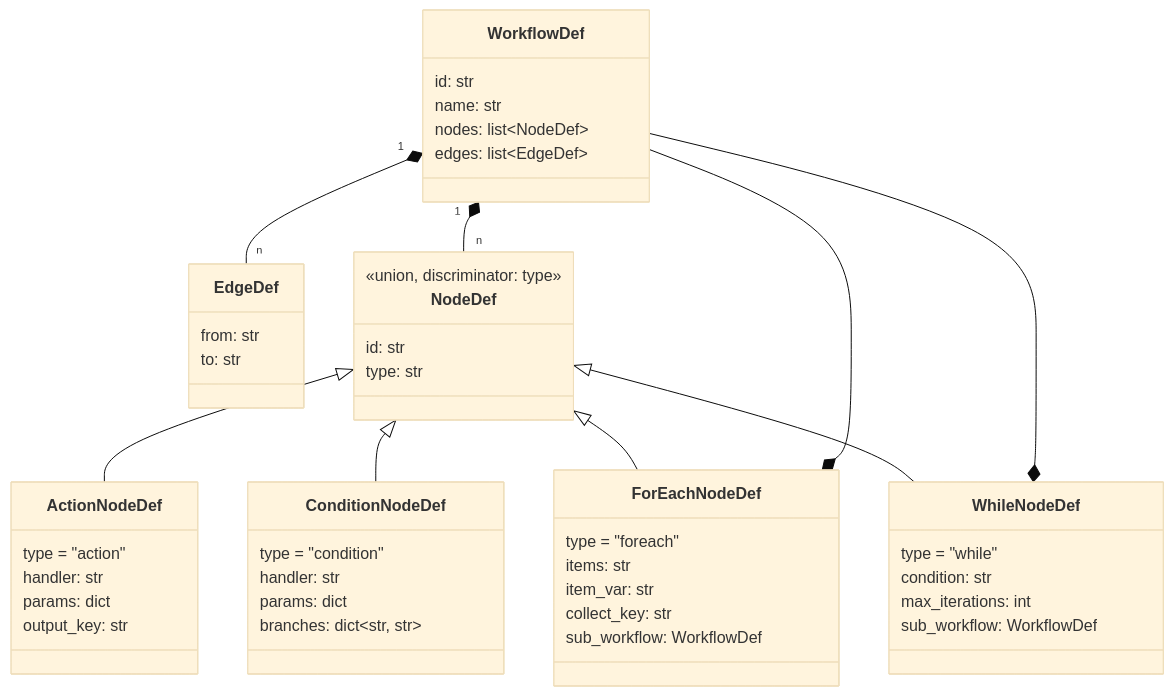
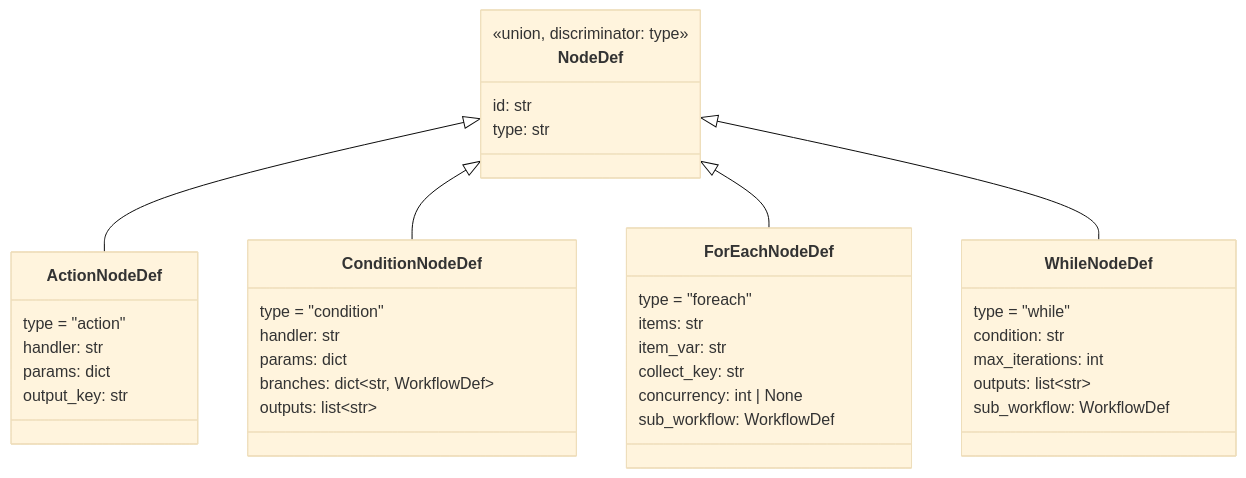
The second of 7 diagrams in document/dag-engine-design.md (jianjian2048/okflow), drawn with Mermaid (base theme) before and after one commit. The commit also changed other lines of this file and 2 other files, not shown here.

````diff
--- a/document/dag-engine-design.md
+++ b/document/dag-engine-design.md
@@ -90,51 +100,40 @@
 ```mermaid
 classDiagram
-    class WorkflowDef {
-        id: str
-        name: str
-        nodes: list~NodeDef~
-        edges: list~EdgeDef~
-    }
-    class EdgeDef {
-        from: str
-        to: str
-    }
     class NodeDef {
         <<union, discriminator: type>>
         id: str
         type: str
     }
     class ActionNodeDef {
         type = "action"
         handler: str
         params: dict
         output_key: str
     }
     class ConditionNodeDef {
         type = "condition"
         handler: str
         params: dict
-        branches: dict~str, str~
+        branches: dict~str, WorkflowDef~
+        outputs: list~str~
     }
     class ForEachNodeDef {
         type = "foreach"
         items: str
         item_var: str
         collect_key: str
+        concurrency: int | None
         sub_workflow: WorkflowDef
     }
     class WhileNodeDef {
         type = "while"
         condition: str
         max_iterations: int
+        outputs: list~str~
         sub_workflow: WorkflowDef
     }
-    WorkflowDef "1" *-- "n" NodeDef
-    WorkflowDef "1" *-- "n" EdgeDef
     NodeDef <|-- ActionNodeDef
     NodeDef <|-- ConditionNodeDef
     NodeDef <|-- ForEachNodeDef
     NodeDef <|-- WhileNodeDef
-    ForEachNodeDef *-- WorkflowDef
-    WhileNodeDef *-- WorkflowDef
 ```
````
